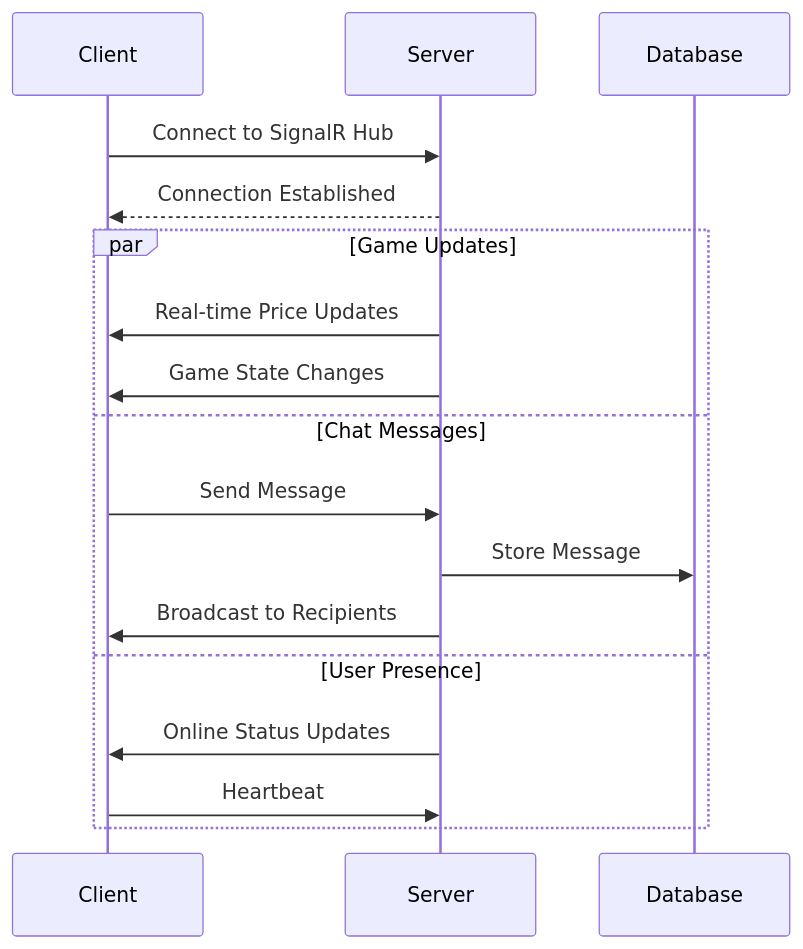
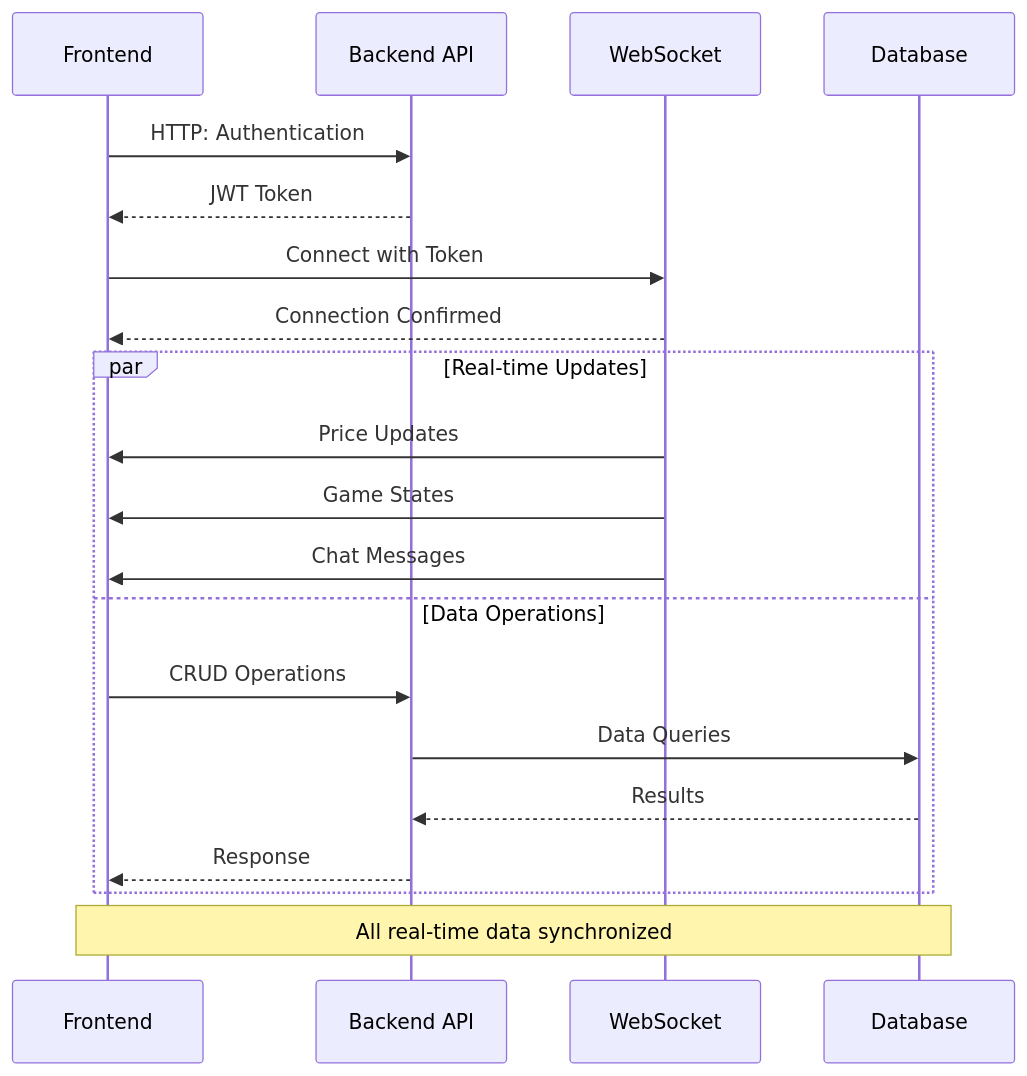
Before and after one commit to PhamNgocMinhk3/Website_P2P_Defi_PMCoin: the third of 3 diagrams in README.md, drawn with Mermaid. The commit also changed other lines of this file, not shown here.

````diff
--- a/README.md
+++ b/README.md
@@ -87,21 +144,25 @@
 ```mermaid
 sequenceDiagram
-    participant Client
-    participant Server
-    participant Database
+    participant UI as Frontend
+    participant API as Backend API
+    participant WS as WebSocket
+    participant DB as Database
     
-    Client->>Server: Connect to SignalR Hub
-    Server-->>Client: Connection Established
+    UI->>API: HTTP: Authentication
+    API-->>UI: JWT Token
+    UI->>WS: Connect with Token
+    WS-->>UI: Connection Confirmed
     
-    par Game Updates
-        Server->>Client: Real-time Price Updates
-        Server->>Client: Game State Changes
-    and Chat Messages
-        Client->>Server: Send Message
-        Server->>Database: Store Message
-        Server->>Client: Broadcast to Recipients
-    and User Presence
-        Server->>Client: Online Status Updates
-        Client->>Server: Heartbeat
+    par Real-time Updates
+        WS->>UI: Price Updates
+        WS->>UI: Game States
+        WS->>UI: Chat Messages
+    and Data Operations
+        UI->>API: CRUD Operations
+        API->>DB: Data Queries
+        DB-->>API: Results
+        API-->>UI: Response
     end
+
+    Note over UI,DB: All real-time data synchronized
 ```
````
